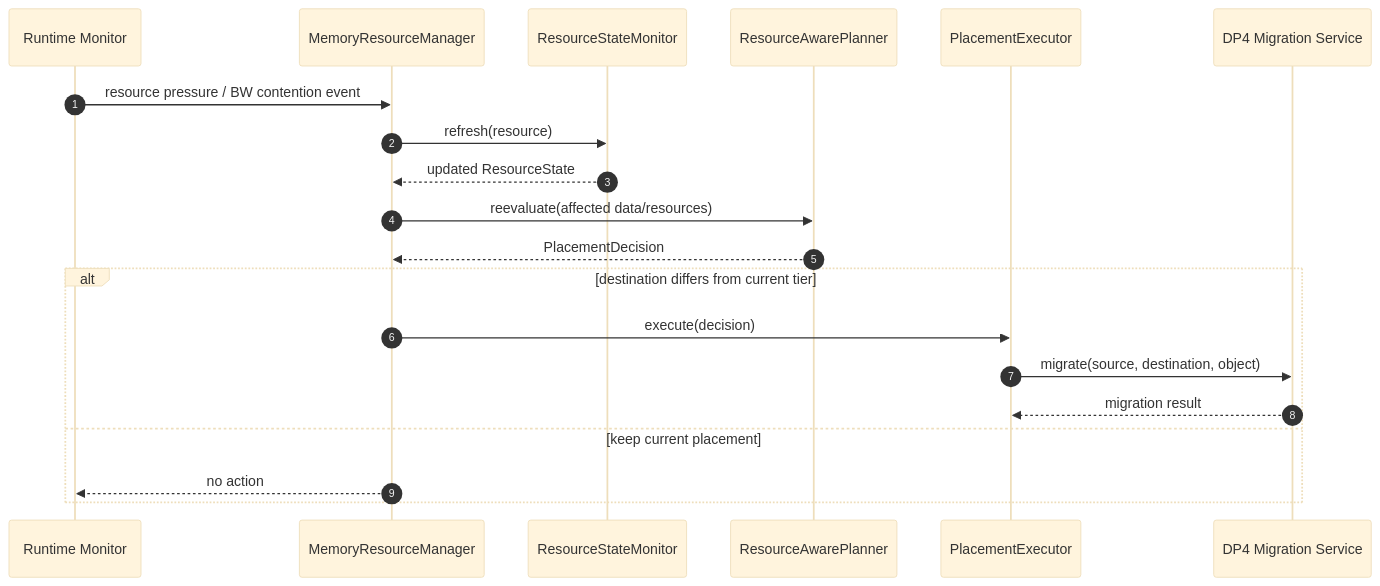
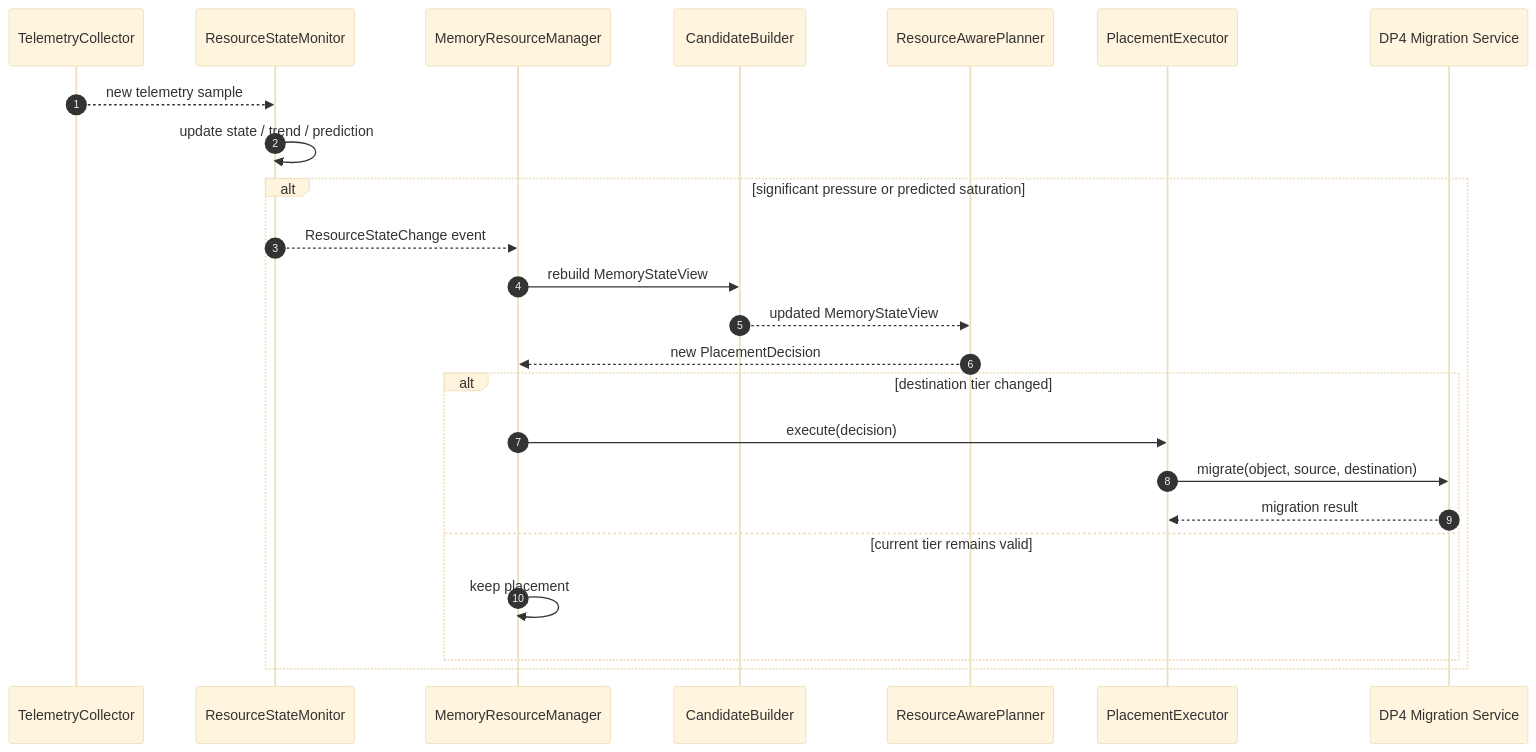
One commit to mkim0628/vllm changed the fifth of 11 diagrams in doc-architect/dp1-data-placement-uml-rendered.md. Above: the diagram before and after it, drawn with Mermaid (base theme). The commit also changed other lines of this file, not shown here.

Commit message:
Update DP1 UML for Resource State Monitor and data-centric classifier/runtime monitor flow

````diff
--- a/doc-architect/dp1-data-placement-uml-rendered.md
+++ b/doc-architect/dp1-data-placement-uml-rendered.md
@@ -303,24 +289,29 @@
 ```mermaid
 sequenceDiagram
     autonumber
-    participant MON as Runtime Monitor
+    participant TC as TelemetryCollector
+    participant RSM as ResourceStateMonitor
     participant MRM as MemoryResourceManager
-    participant RSM as ResourceStateMonitor
+    participant CB as CandidateBuilder
     participant RPP as ResourceAwarePlanner
     participant EX as PlacementExecutor
     participant DP4 as DP4 Migration Service
 
-    MON->>MRM: resource pressure / BW contention event
-    MRM->>RSM: refresh(resource)
-    RSM-->>MRM: updated ResourceState
-    MRM->>RPP: reevaluate(affected data/resources)
-    RPP-->>MRM: PlacementDecision
+    TC-->>RSM: new telemetry sample
+    RSM->>RSM: update state / trend / prediction
 
-    alt destination differs from current tier
-        MRM->>EX: execute(decision)
-        EX->>DP4: migrate(source, destination, object)
-        DP4-->>EX: migration result
-    else keep current placement
-        MRM-->>MON: no action
+    alt significant pressure or predicted saturation
+        RSM-->>MRM: ResourceStateChange event
+        MRM->>CB: rebuild MemoryStateView
+        CB-->>RPP: updated MemoryStateView
+        RPP-->>MRM: new PlacementDecision
+
+        alt destination tier changed
+            MRM->>EX: execute(decision)
+            EX->>DP4: migrate(object, source, destination)
+            DP4-->>EX: migration result
+        else current tier remains valid
+            MRM->>MRM: keep placement
+        end
     end
 ```
````
